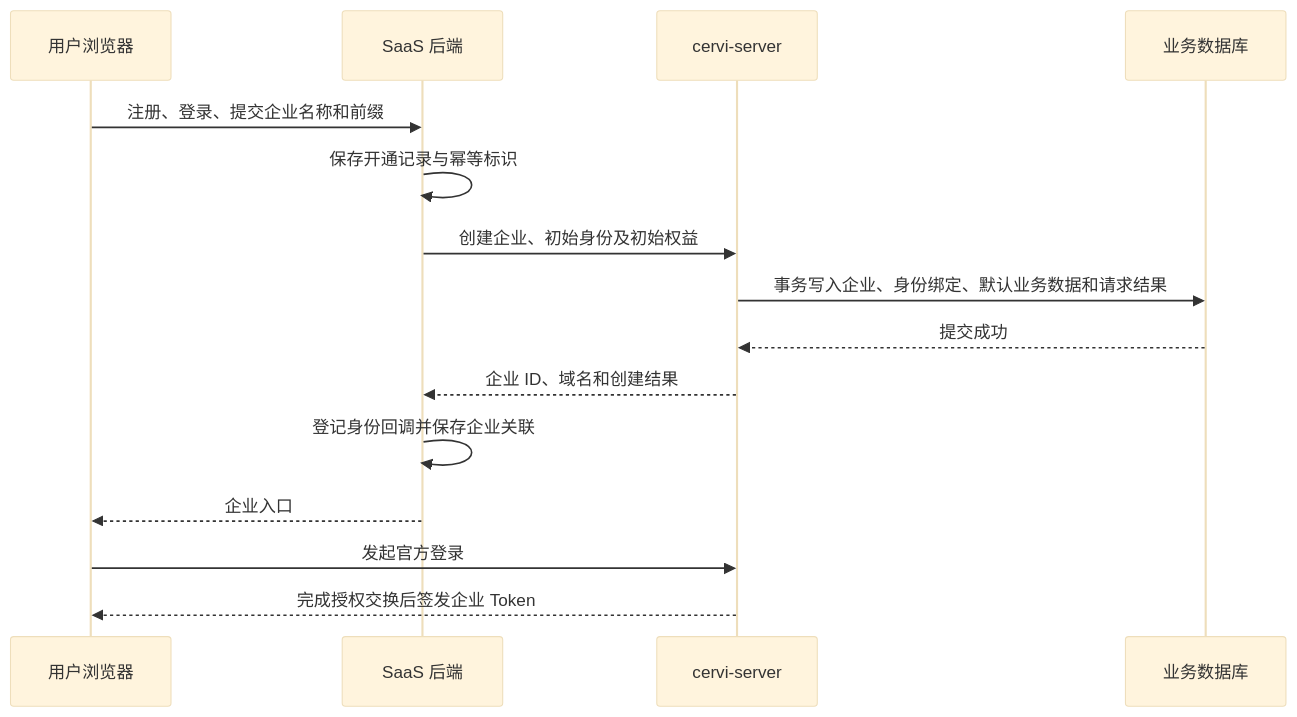
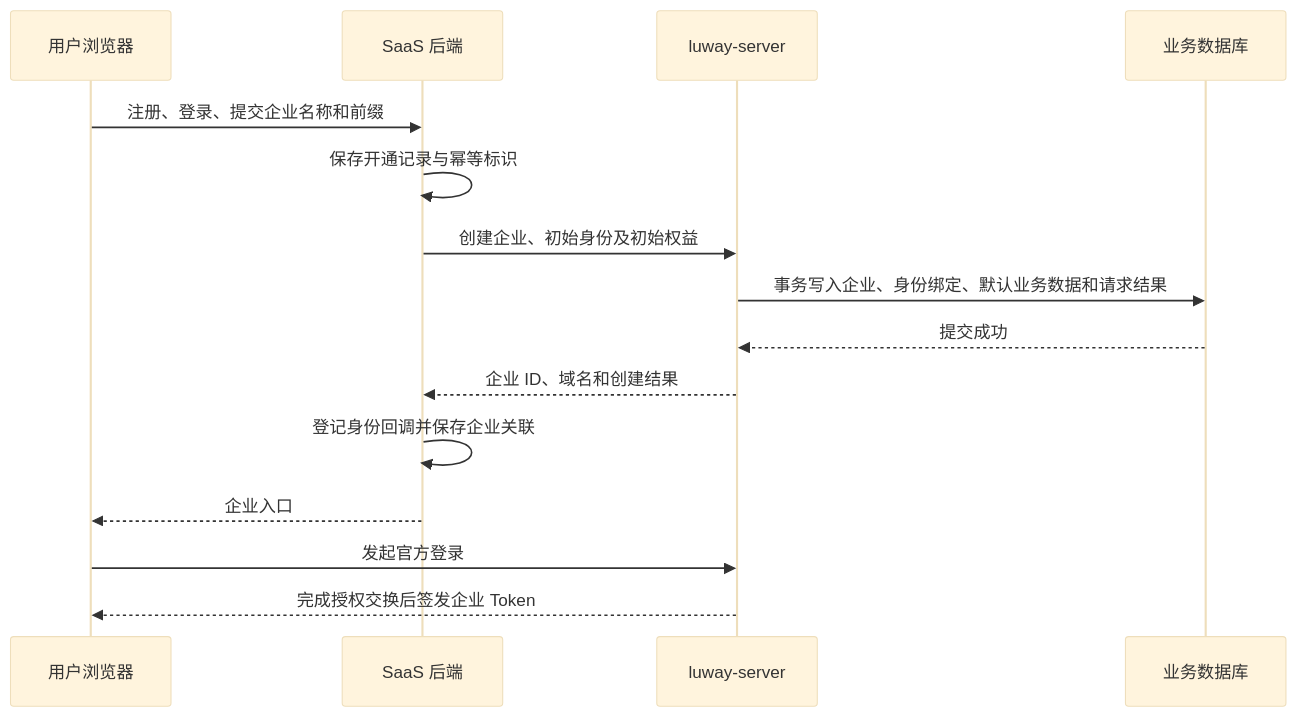
One commit to runforyou-ai/cervi changed the second of 2 diagrams in docs/saas-hosting-plan.md. Above: the diagram before and after it, drawn with Mermaid (base theme). The commit also changed other lines of this file and 322 other files, not shown here.

````diff
--- a/docs/saas-hosting-plan.md
+++ b/docs/saas-hosting-plan.md
@@ -329,18 +329,18 @@
 ```mermaid
 sequenceDiagram
     participant U as 用户浏览器
     participant S as SaaS 后端
-    participant C as cervi-server
+    participant C as luway-server
     participant D as 业务数据库
 
     U->>S: 注册、登录、提交企业名称和前缀
     S->>S: 保存开通记录与幂等标识
     S->>C: 创建企业、初始身份及初始权益
     C->>D: 事务写入企业、身份绑定、默认业务数据和请求结果
     D-->>C: 提交成功
     C-->>S: 企业 ID、域名和创建结果
     S->>S: 登记身份回调并保存企业关联
     S-->>U: 企业入口
     U->>C: 发起官方登录
     C-->>U: 完成授权交换后签发企业 Token
 ```
````
